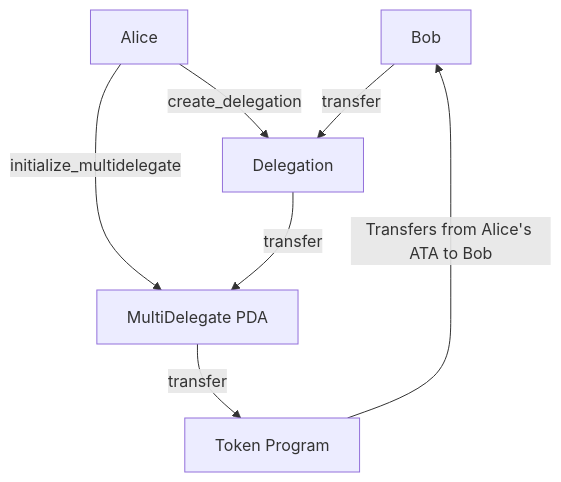
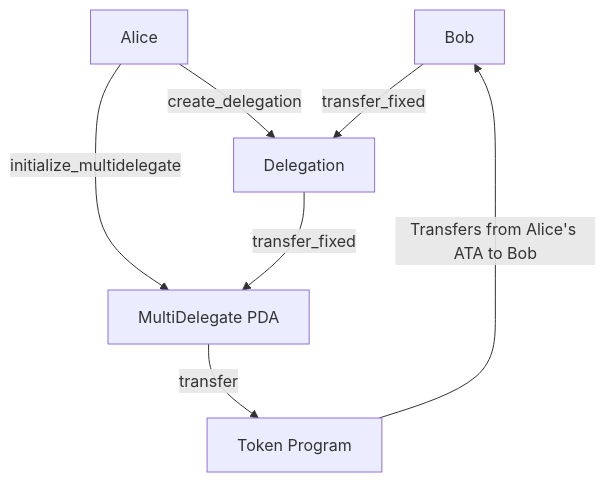
The first of 6 diagrams in docs/001-multi-delegator-architecture.md (solana-program/multi-delegator), drawn with Mermaid before and after one commit. The commit also changed other lines of this file and 3 other files, not shown here.

````diff
--- a/docs/001-multi-delegator-architecture.md
+++ b/docs/001-multi-delegator-architecture.md
@@ -34,9 +34,9 @@
 ```mermaid
 graph TB
-    B[Bob] -->|transfer| FD
+    B[Bob] -->|transfer_fixed| FD
     A[Alice] -->|initialize_multidelegate| MD[MultiDelegate PDA]
     A -->|create_delegation | FD[Delegation]
-    FD -->|transfer| MD
+    FD -->|transfer_fixed| MD
     MD -->|transfer| TP[Token Program]
     TP -->|Transfers from Alice's ATA to Bob| B
 ```
````
